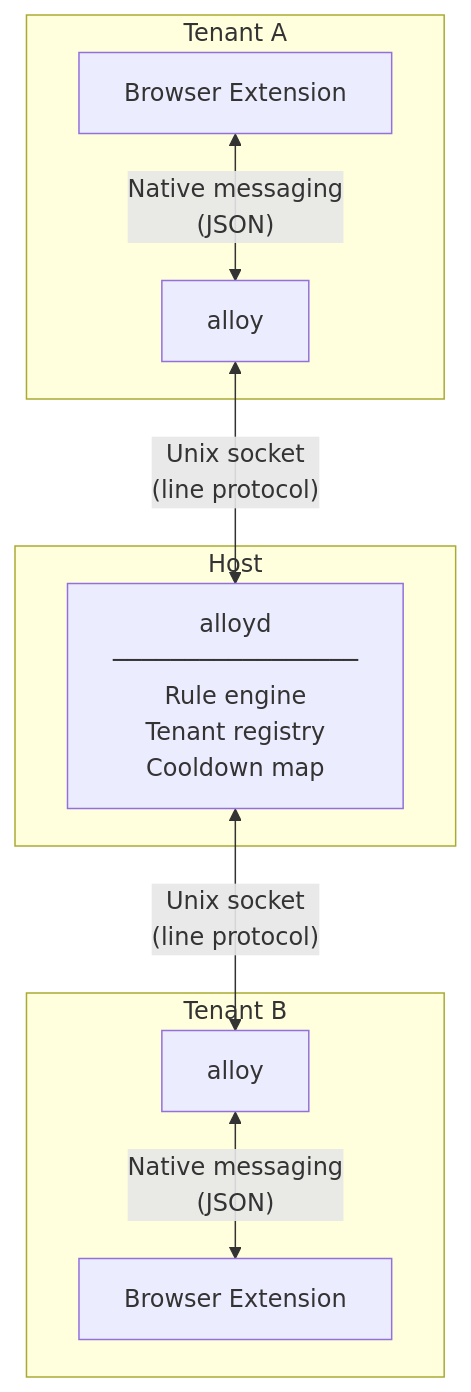
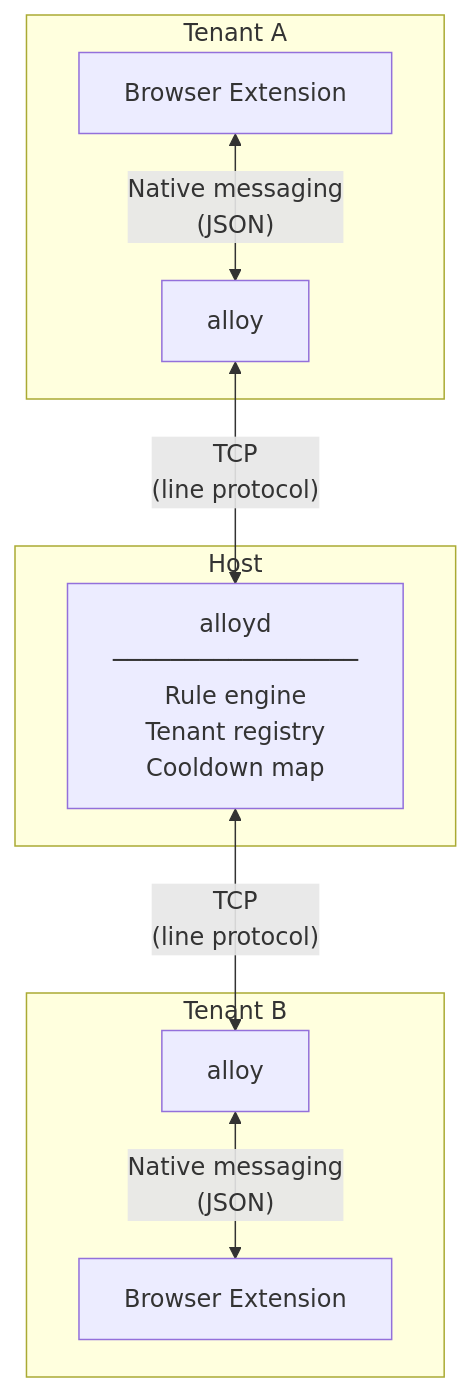
The first of 2 diagrams in README.md (andersfugmann/multi-tenant), drawn with Mermaid before and after one commit. The commit also changed other lines of this file and 10 other files, not shown here.

First line of the commit message:
Replace Unix sockets with TCP transport

````diff
--- a/README.md
+++ b/README.md
@@ -9,17 +9,17 @@
 ```mermaid
 graph TB
     subgraph "Tenant A"
         A_EXT["Browser Extension"] <-->|"Native messaging<br/>(JSON)"| A_BRIDGE["alloy"]
     end
 
     subgraph "Host"
         DAEMON["alloyd<br/>─────────────────<br/>Rule engine<br/>Tenant registry<br/>Cooldown map"]
     end
 
     subgraph "Tenant B"
         B_BRIDGE["alloy"] <-->|"Native messaging<br/>(JSON)"| B_EXT["Browser Extension"]
     end
 
-    A_BRIDGE <-->|"Unix socket<br/>(line protocol)"| DAEMON
-    DAEMON <-->|"Unix socket<br/>(line protocol)"| B_BRIDGE
+    A_BRIDGE <-->|"TCP<br/>(line protocol)"| DAEMON
+    DAEMON <-->|"TCP<br/>(line protocol)"| B_BRIDGE
 ```
````
